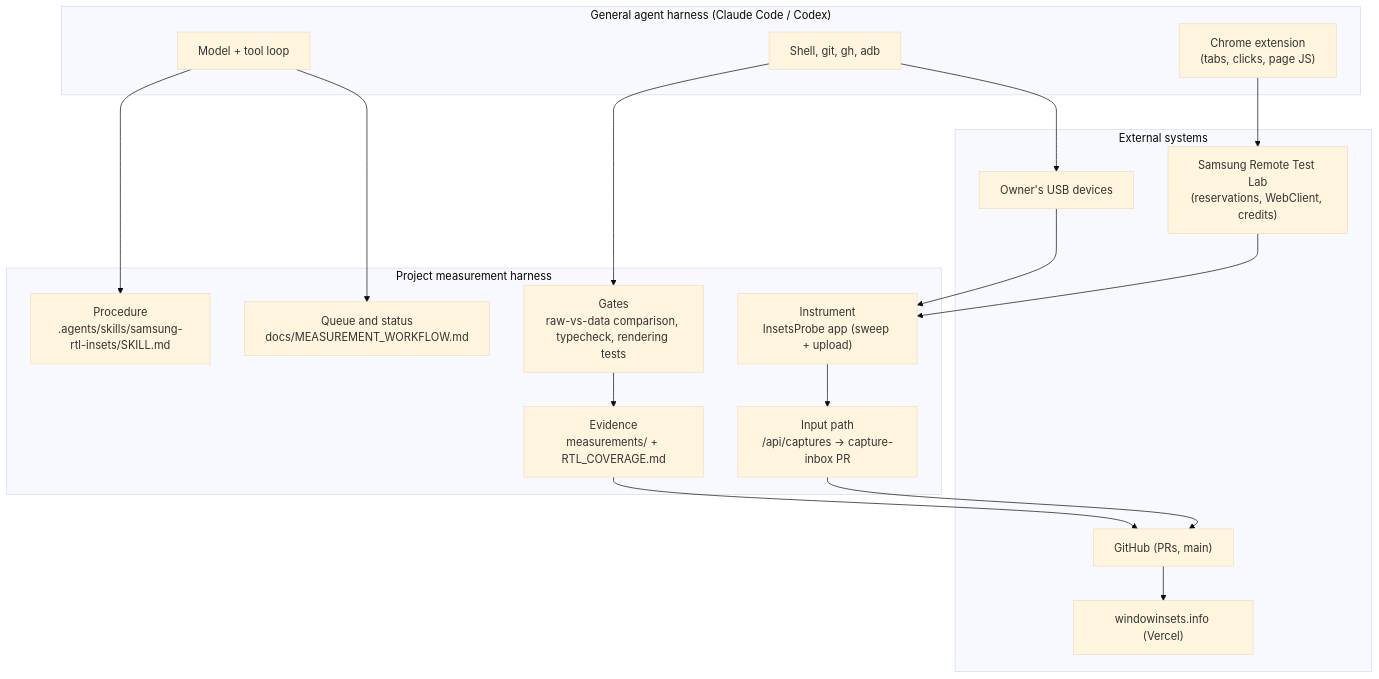
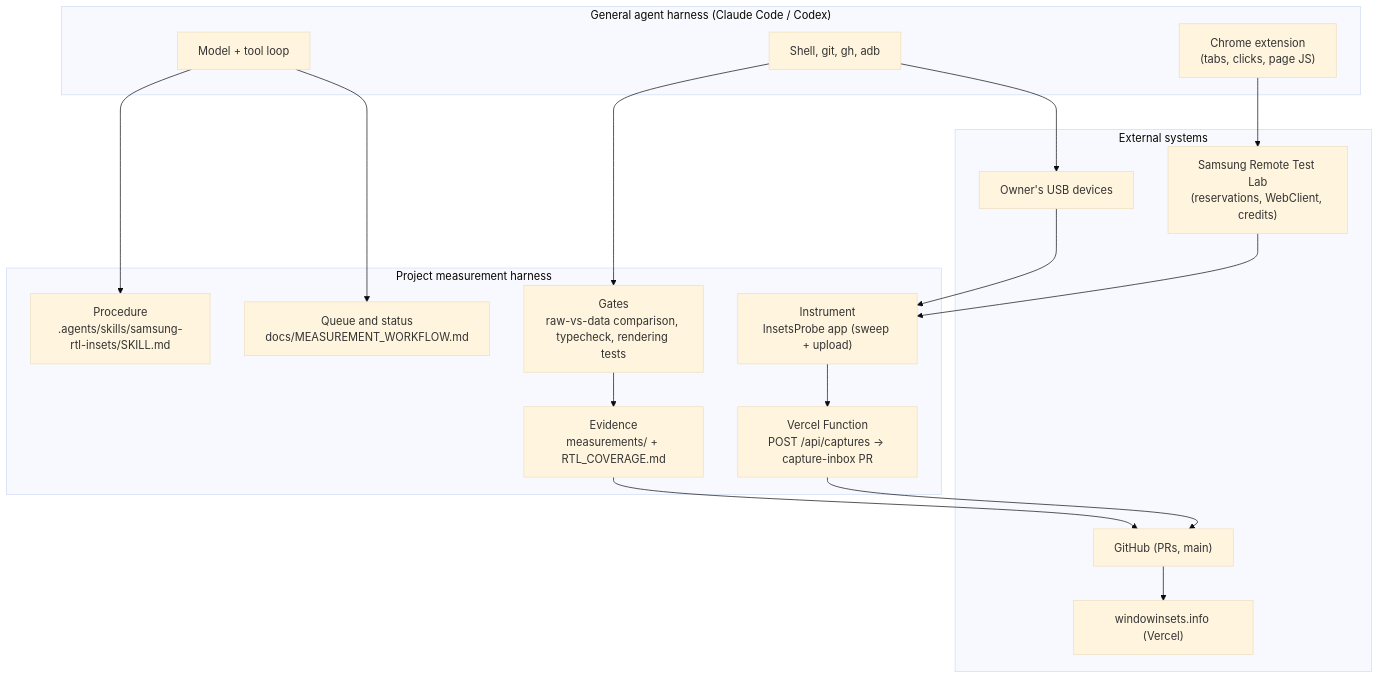
Before and after one commit to easyhooon/windowinsets.info: the first of 2 diagrams in docs/MEASUREMENT_HARNESS.md, drawn with Mermaid (base theme). The commit also changed other lines of this file, not shown here.

````diff
--- a/docs/MEASUREMENT_HARNESS.md
+++ b/docs/MEASUREMENT_HARNESS.md
@@ -15,34 +15,34 @@
 ```mermaid
 flowchart TB
   subgraph Agent["General agent harness (Claude Code / Codex)"]
     LLM["Model + tool loop"]
     Browser["Chrome extension<br/>(tabs, clicks, page JS)"]
     Shell["Shell, git, gh, adb"]
   end
 
   subgraph Harness["Project measurement harness"]
     Skill["Procedure<br/>.agents/skills/samsung-rtl-insets/SKILL.md"]
     Queue["Queue and status<br/>docs/MEASUREMENT_WORKFLOW.md"]
     Probe["Instrument<br/>InsetsProbe app (sweep + upload)"]
-    Api["Input path<br/>/api/captures → capture-inbox PR"]
+    Api["Vercel Function<br/>POST /api/captures → capture-inbox PR"]
     Checks["Gates<br/>raw-vs-data comparison, typecheck, rendering tests"]
     Record["Evidence<br/>measurements/ + RTL_COVERAGE.md"]
   end
 
   subgraph External["External systems"]
     RTL["Samsung Remote Test Lab<br/>(reservations, WebClient, credits)"]
     USB["Owner's USB devices"]
     GH["GitHub (PRs, main)"]
     Site["windowinsets.info (Vercel)"]
   end
 
   LLM --> Skill
   LLM --> Queue
   Browser --> RTL
   Shell --> USB
   RTL --> Probe
   USB --> Probe
   Probe --> Api --> GH
   Shell --> Checks
   Checks --> Record --> GH --> Site
 ```
````
